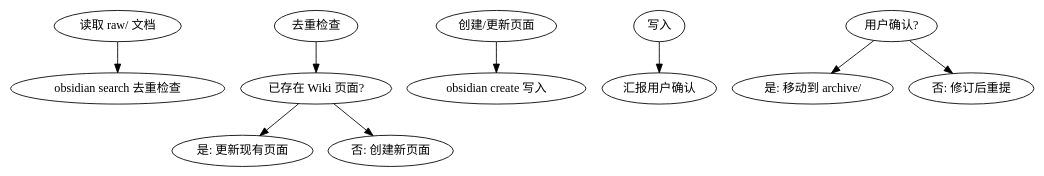
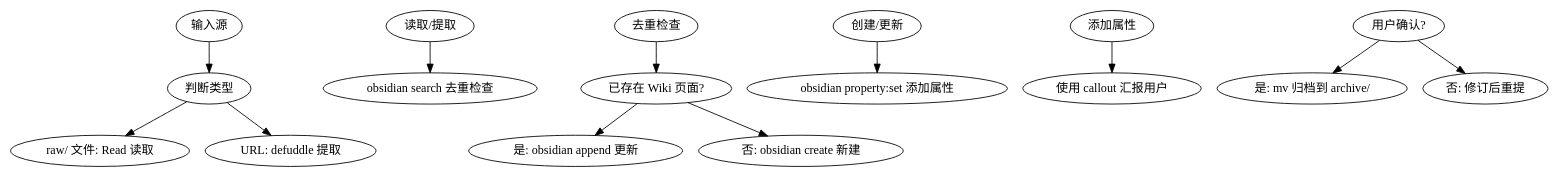
Before and after one commit to touchX/CC-Obsidian-wiki: the diagram in .claude/skills/docs-ingest/SKILL.md, drawn with Graphviz. The commit also changed other lines of this file and 340 other files, not shown here.

````diff
--- a/.claude/skills/docs-ingest/SKILL.md
+++ b/.claude/skills/docs-ingest/SKILL.md
@@ -33,12 +52,15 @@
 ```dot
 digraph docs_ingest {
-  "读取 raw/ 文档" -> "obsidian search 去重检查"
+  "输入源" -> "判断类型"
+  "判断类型" -> "raw/ 文件: Read 读取"
+  "判断类型" -> "URL: defuddle 提取"
+  "读取/提取" -> "obsidian search 去重检查"
   "去重检查" -> "已存在 Wiki 页面?"
-  "已存在 Wiki 页面?" -> "是: 更新现有页面"
-  "已存在 Wiki 页面?" -> "否: 创建新页面"
-  "创建/更新页面" -> "obsidian create 写入"
-  "写入" -> "汇报用户确认"
-  "用户确认?" -> "是: 移动到 archive/"
+  "已存在 Wiki 页面?" -> "是: obsidian append 更新"
+  "已存在 Wiki 页面?" -> "否: obsidian create 新建"
+  "创建/更新" -> "obsidian property:set 添加属性"
+  "添加属性" -> "使用 callout 汇报用户"
+  "用户确认?" -> "是: mv 归档到 archive/"
   "用户确认?" -> "否: 修订后重提"
 }
 ```
````
